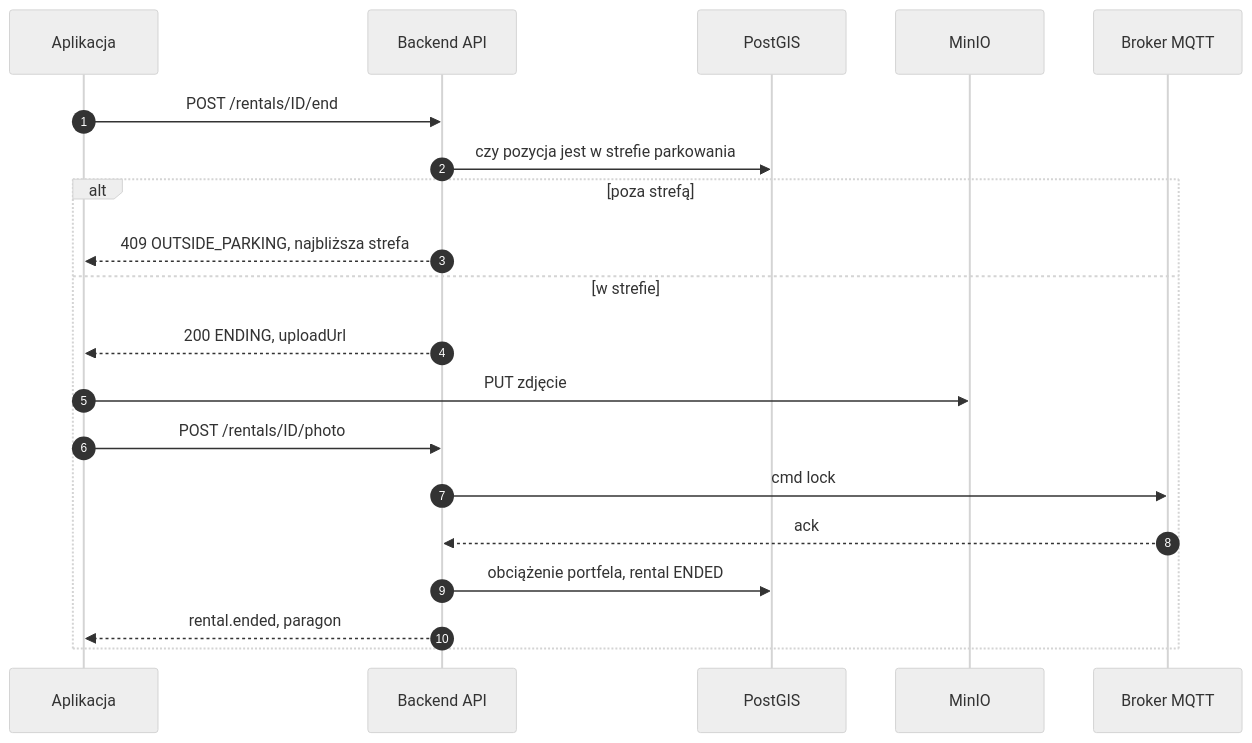
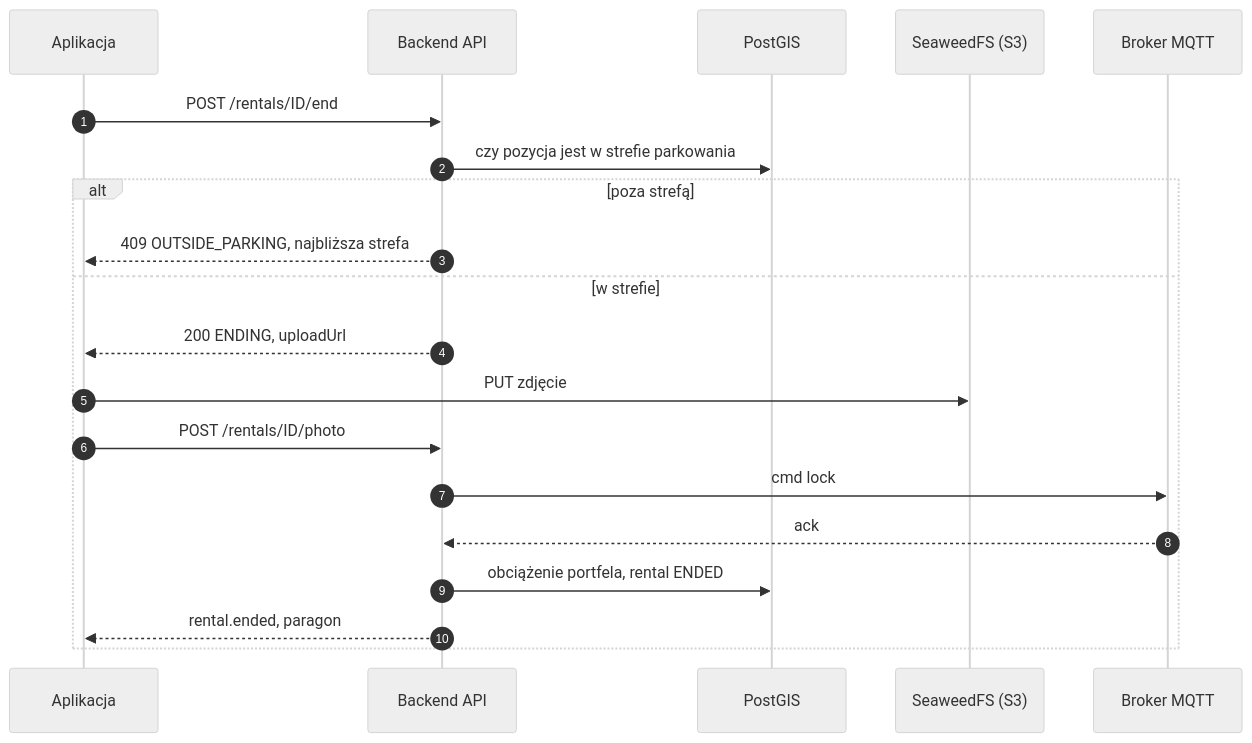
Before and after one commit to FifiLen/engineering-project: the fourth of 7 diagrams in docs/arc42/06-widok-czasu-dzialania.md, drawn with Mermaid (neutral theme). The commit also changed 29 other files, not shown here.

````diff
--- a/docs/arc42/06-widok-czasu-dzialania.md
+++ b/docs/arc42/06-widok-czasu-dzialania.md
@@ -73,22 +73,22 @@
 ```mermaid
 sequenceDiagram
     autonumber
     participant A as Aplikacja
     participant API as Backend API
     participant DB as PostGIS
-    participant FS as MinIO
+    participant FS as SeaweedFS (S3)
     participant MQ as Broker MQTT
     A->>API: POST /rentals/ID/end
     API->>DB: czy pozycja jest w strefie parkowania
     alt poza strefą
         API-->>A: 409 OUTSIDE_PARKING, najbliższa strefa
     else w strefie
         API-->>A: 200 ENDING, uploadUrl
         A->>FS: PUT zdjęcie
         A->>API: POST /rentals/ID/photo
         API->>MQ: cmd lock
         MQ-->>API: ack
         API->>DB: obciążenie portfela, rental ENDED
         API-->>A: rental.ended, paragon
     end
 ```
````
